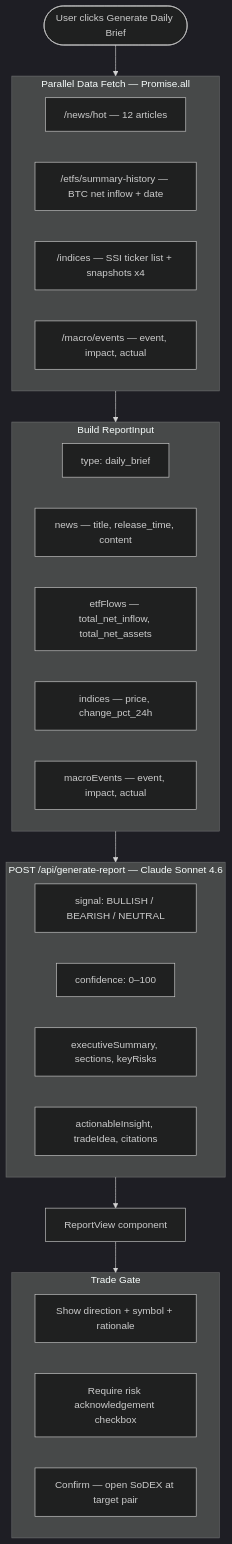
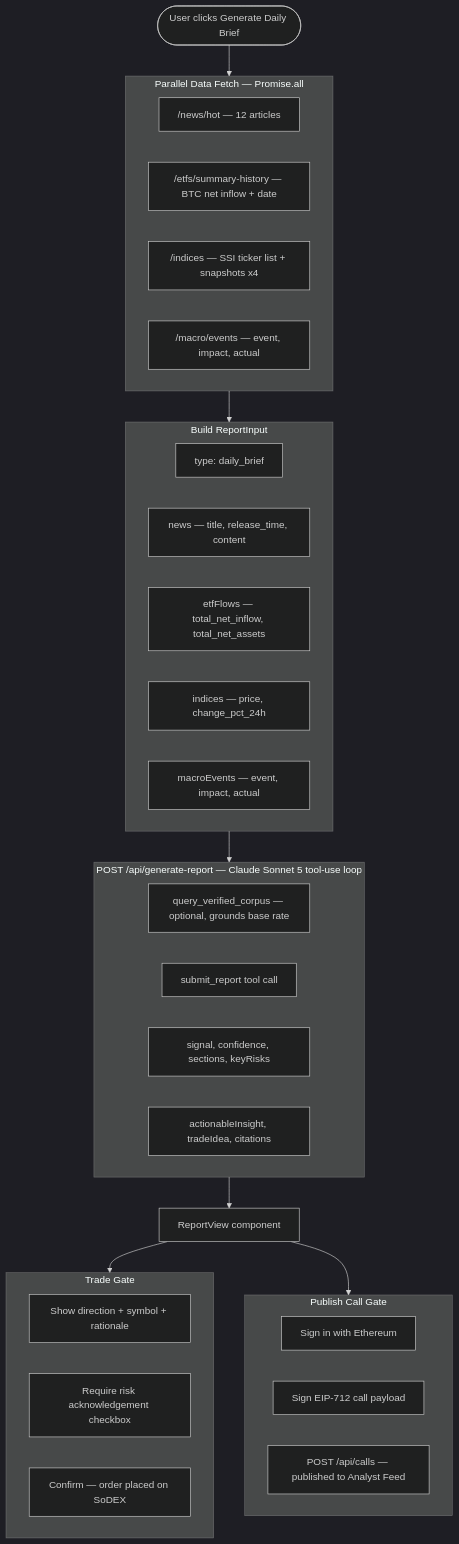
One commit to fourWayz/soso-analyst changed the third of 6 diagrams in README.md. Above: the diagram before and after it, drawn with Mermaid (dark theme). The commit also changed other lines of this file, not shown here.

````diff
--- a/README.md
+++ b/README.md
@@ -65,39 +128,46 @@
 ```mermaid
 flowchart TD
     A([User clicks Generate Daily Brief]) --> B
 
     subgraph B["Parallel Data Fetch — Promise.all"]
         B1["/news/hot — 12 articles"]
         B2["/etfs/summary-history — BTC net inflow + date"]
         B3["/indices — SSI ticker list + snapshots x4"]
         B4["/macro/events — event, impact, actual"]
     end
 
     B --> C
 
     subgraph C["Build ReportInput"]
         C1["type: daily_brief"]
         C2["news — title, release_time, content"]
         C3["etfFlows — total_net_inflow, total_net_assets"]
         C4["indices — price, change_pct_24h"]
         C5["macroEvents — event, impact, actual"]
     end
 
     C --> D
 
-    subgraph D["POST /api/generate-report — Claude Sonnet 4.6"]
-        D1["signal: BULLISH / BEARISH / NEUTRAL"]
-        D2["confidence: 0–100"]
-        D3["executiveSummary, sections, keyRisks"]
-        D4["actionableInsight, tradeIdea, citations"]
+    subgraph D["POST /api/generate-report — Claude Sonnet 5 tool-use loop"]
+        D0["query_verified_corpus — optional, grounds base rate"]
+        D1["submit_report tool call"]
+        D2["signal, confidence, sections, keyRisks"]
+        D3["actionableInsight, tradeIdea, citations"]
     end
 
     D --> E[ReportView component]
     E --> F
+    E --> G
 
     subgraph F["Trade Gate"]
         F1["Show direction + symbol + rationale"]
         F2["Require risk acknowledgement checkbox"]
-        F3["Confirm — open SoDEX at target pair"]
+        F3["Confirm — order placed on SoDEX"]
+    end
+
+    subgraph G["Publish Call Gate"]
+        G1["Sign in with Ethereum"]
+        G2["Sign EIP-712 call payload"]
+        G3["POST /api/calls — published to Analyst Feed"]
     end
 ```
````
